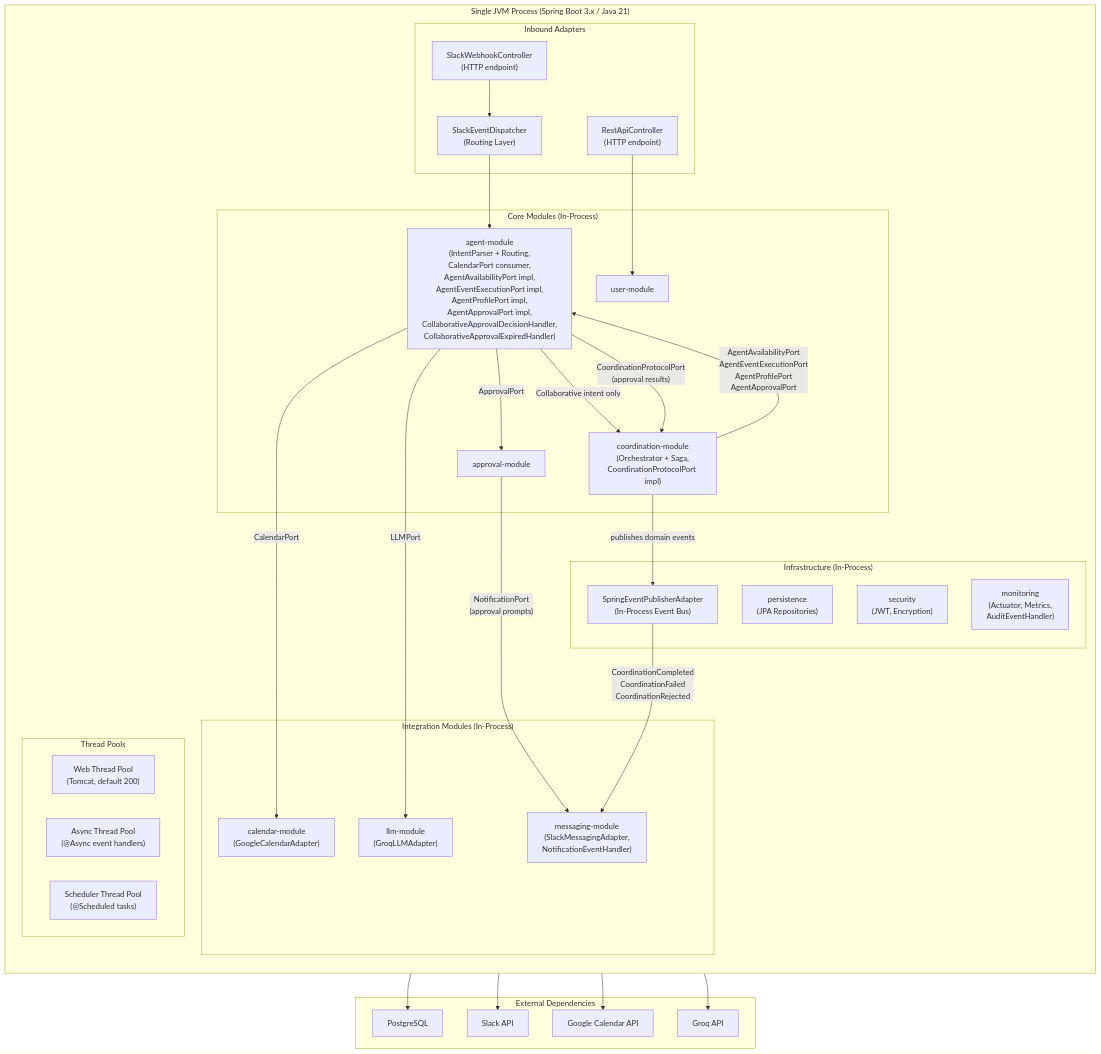
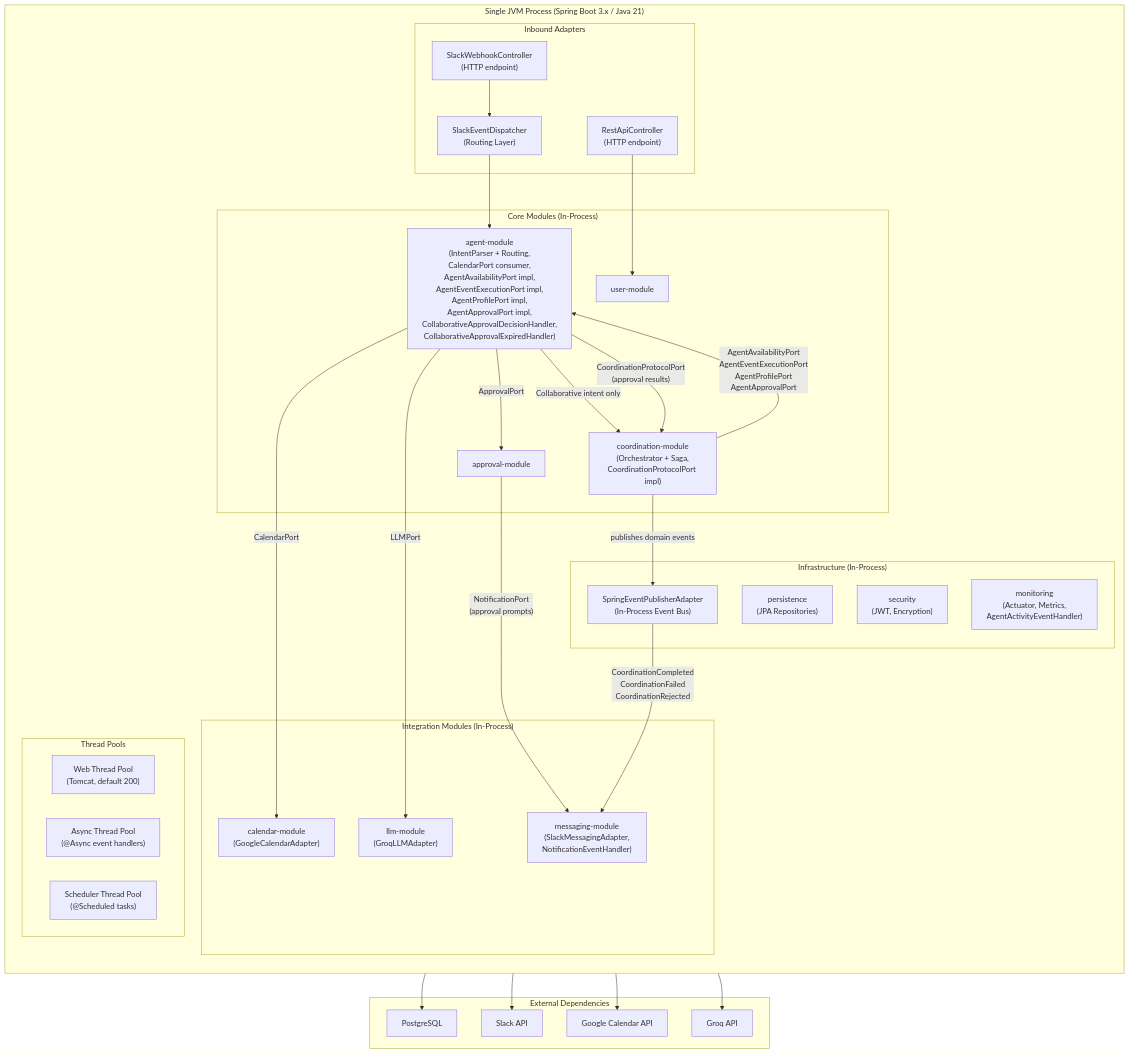
Before and after one commit to TanmayZade/CoAgent4U: the third of 7 diagrams in documentation/arcs42/07-deployment-view.md, drawn with Mermaid. The commit also changed other lines of this file and 90 other files, not shown here.

Commit message:
refactor: globally rename Audit Log to Agent Activity

````diff
--- a/documentation/arcs42/07-deployment-view.md
+++ b/documentation/arcs42/07-deployment-view.md
@@ -296,69 +296,69 @@
 ```mermaid
 flowchart TB
     subgraph JVM["Single JVM Process (Spring Boot 3.x / Java 21)"]
         direction TB
 
         subgraph INBOUND["Inbound Adapters"]
             SLACK_WH["SlackWebhookController<br/>(HTTP endpoint)"]
             DISPATCH["SlackEventDispatcher<br/>(Routing Layer)"]
             REST_API["RestApiController<br/>(HTTP endpoint)"]
         end
 
         subgraph CORE_MODULES["Core Modules (In-Process)"]
             UM["user-module"]
             AM["agent-module<br/>(IntentParser + Routing,<br/>CalendarPort consumer,<br/>AgentAvailabilityPort impl,<br/>AgentEventExecutionPort impl,<br/>AgentProfilePort impl,<br/>AgentApprovalPort impl,<br/>CollaborativeApprovalDecisionHandler,<br/>CollaborativeApprovalExpiredHandler)"]
             CM["coordination-module<br/>(Orchestrator + Saga,<br/>CoordinationProtocolPort impl)"]
             APM["approval-module"]
         end
 
         subgraph INTEG_MODULES["Integration Modules (In-Process)"]
             CALM["calendar-module<br/>(GoogleCalendarAdapter)"]
             MSGM["messaging-module<br/>(SlackMessagingAdapter,<br/>NotificationEventHandler)"]
             LLMM["llm-module<br/>(GroqLLMAdapter)"]
         end
 
         subgraph INFRA_MODULES["Infrastructure (In-Process)"]
             PERS["persistence<br/>(JPA Repositories)"]
             SEC["security<br/>(JWT, Encryption)"]
-            MON["monitoring<br/>(Actuator, Metrics,<br/>AuditEventHandler)"]
+            MON["monitoring<br/>(Actuator, Metrics,<br/>AgentActivityEventHandler)"]
             EVT["SpringEventPublisherAdapter<br/>(In-Process Event Bus)"]
         end
 
         subgraph POOLS["Thread Pools"]
             WEB_POOL["Web Thread Pool<br/>(Tomcat, default 200)"]
             ASYNC_POOL["Async Thread Pool<br/>(@Async event handlers)"]
             SCHED_POOL["Scheduler Thread Pool<br/>(@Scheduled tasks)"]
         end
     end
 
     subgraph EXTERNAL_RT["External Dependencies"]
         DB_RT["PostgreSQL"]
         SLACK_RT["Slack API"]
         GCAL_RT["Google Calendar API"]
         GROQ_RT["Groq API"]
     end
 
     %% Correct inbound flow
     SLACK_WH --> DISPATCH
     DISPATCH --> AM
     AM -->|"Collaborative intent only"| CM
     REST_API --> UM
 
     %% Core interactions (Agent Sovereignty compliant)
     CM -->|"AgentAvailabilityPort<br/>AgentEventExecutionPort<br/>AgentProfilePort<br/>AgentApprovalPort"| AM
     AM -->|"CoordinationProtocolPort<br/>(approval results)"| CM
     AM -->|"CalendarPort"| CALM
     AM -->|"LLMPort"| LLMM
     AM -->|"ApprovalPort"| APM
     APM -->|"NotificationPort<br/>(approval prompts)"| MSGM
 
     %% Async event-driven notification for coordination
     CM -->|"publishes domain events"| EVT
     EVT -->|"CoordinationCompleted<br/>CoordinationFailed<br/>CoordinationRejected"| MSGM
 
     %% External calls
     CALM --> GCAL_RT
     MSGM --> SLACK_RT
     LLMM --> GROQ_RT
     PERS --> DB_RT
 ```
````
